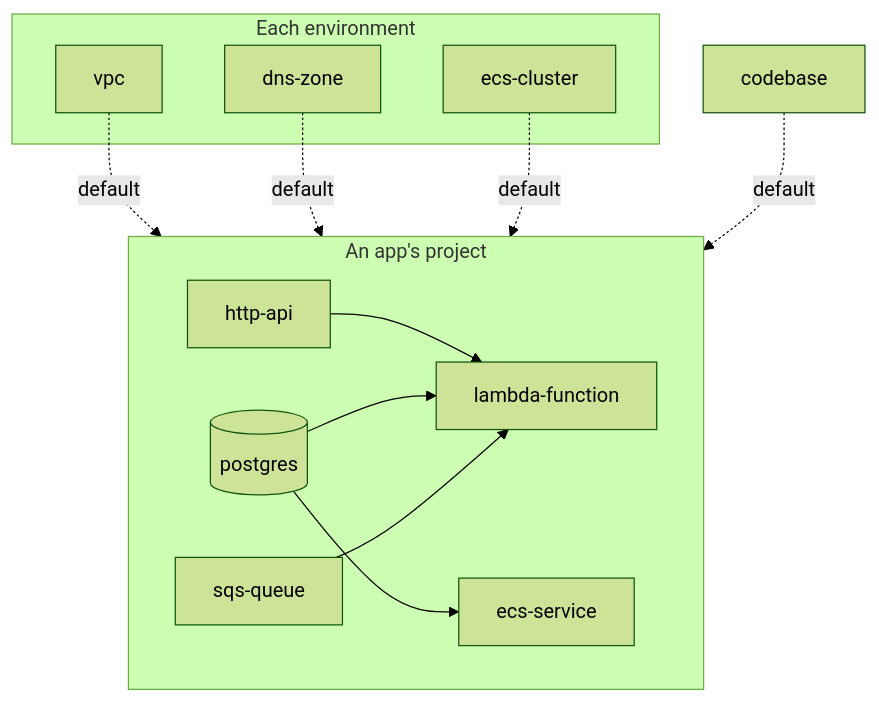
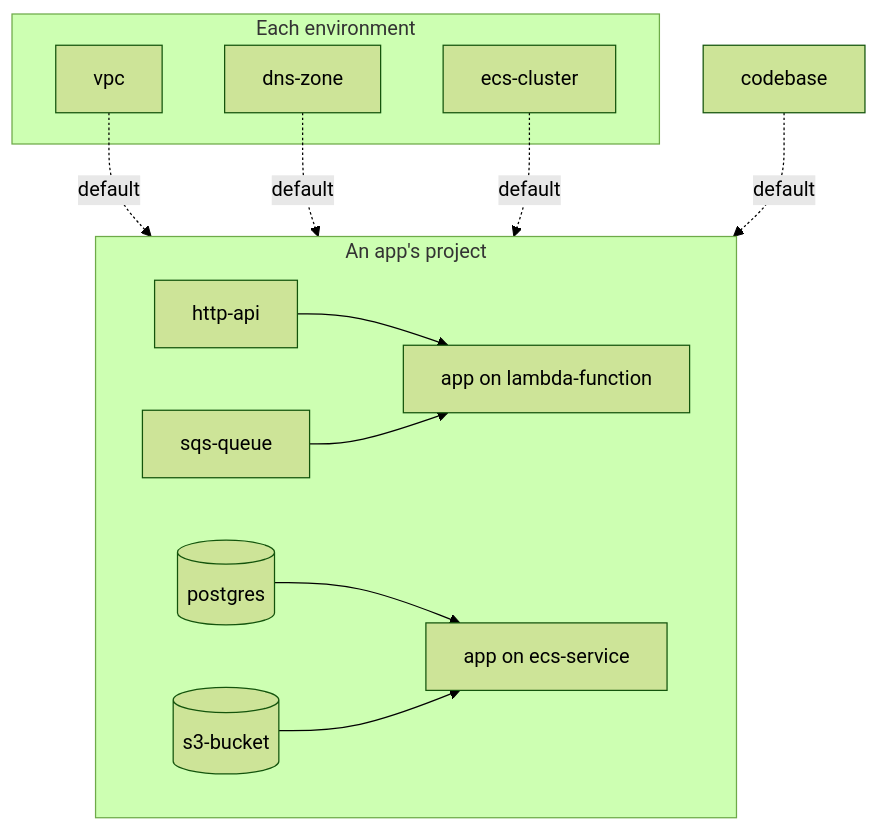
The diagram in README.md (massdriver-catalogs/aws), drawn with Mermaid (forest theme) before and after one commit. The commit also changed other lines of this file and 68 other files, not shown here.

````diff
--- a/README.md
+++ b/README.md
@@ -56,19 +56,18 @@
 ```mermaid
 flowchart TB
   subgraph env[Each environment]
     vpc[vpc]
     dns[dns-zone]
     cluster[ecs-cluster]
   end
   subgraph app[An app's project]
-    api[http-api] --> fn[lambda-function]
-    svc[ecs-service]
-    pg[(postgres)] --> fn
-    pg --> svc
+    api[http-api] --> fn[app on lambda-function]
+    pg[(postgres)] --> svc[app on ecs-service]
     q[sqs-queue] --> fn
+    b[(s3-bucket)] --> svc
   end
   vpc -. default .-> app
   dns -. default .-> app
   cluster -. default .-> app
   cb[codebase] -. default .-> app
 ```
````
